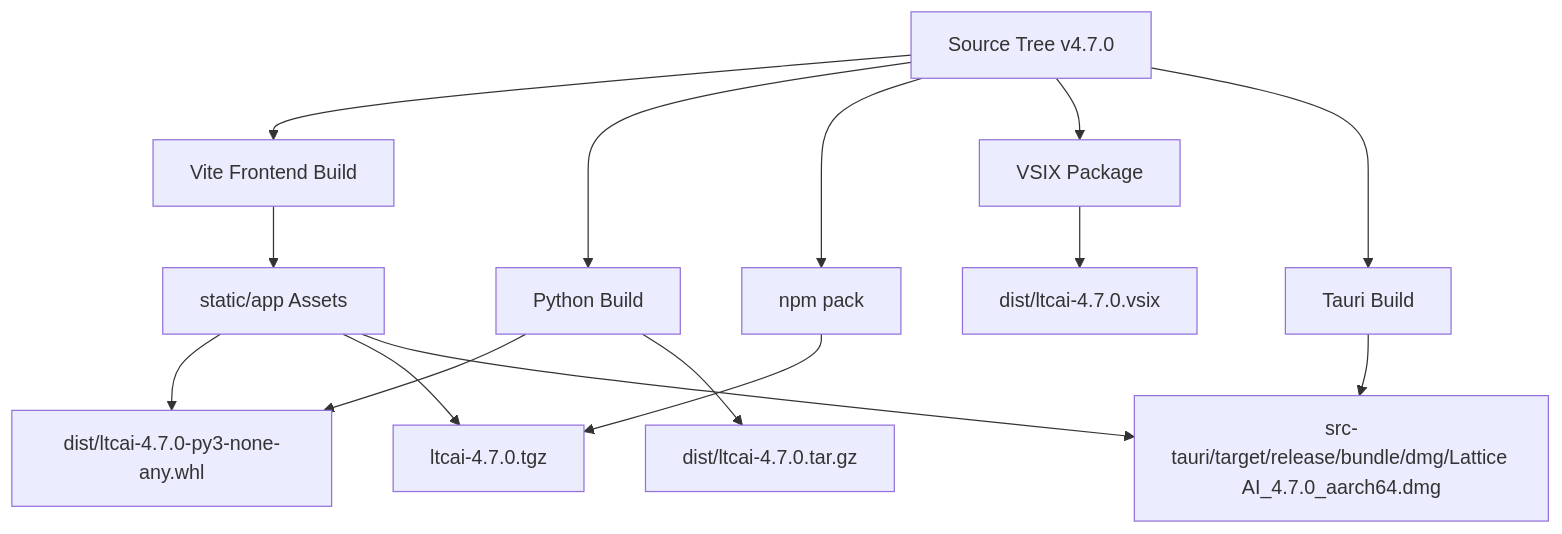
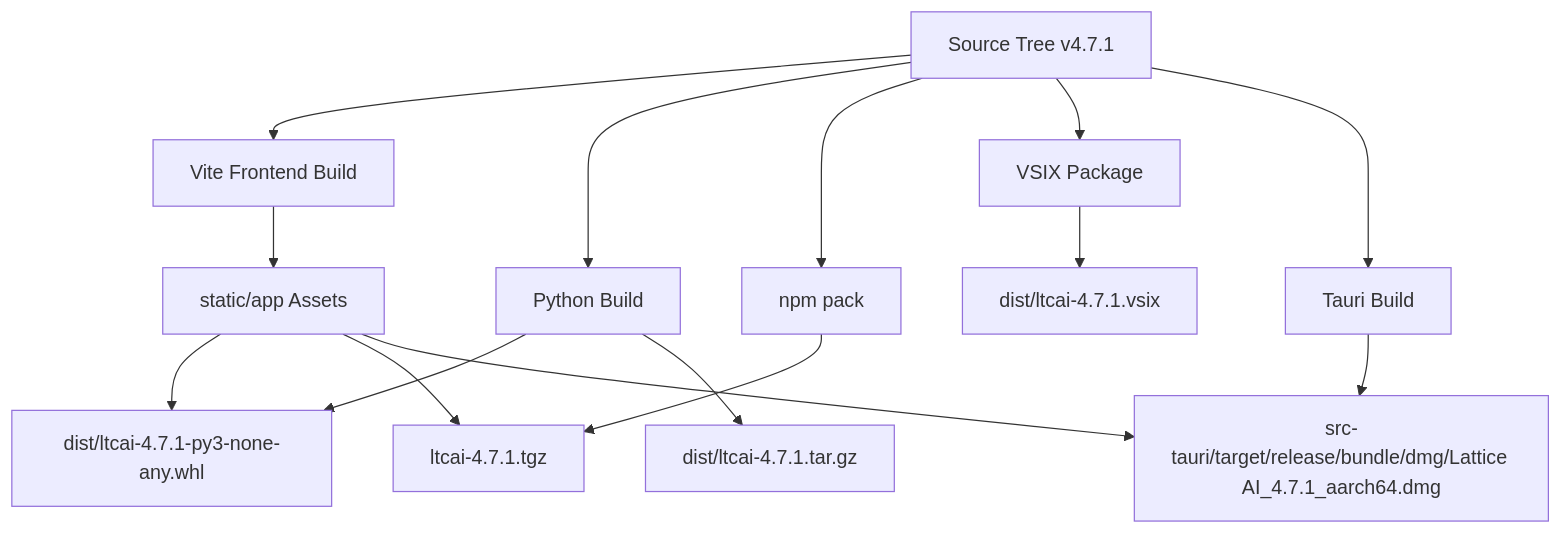
Before and after one commit to TaeSooPark-PTS/LatticeAI: the tenth of 10 diagrams in ARCHITECTURE.md, drawn with Mermaid. The commit also changed other lines of this file and 57 other files, not shown here.

Commit message:
Release Lattice AI 4.7.1 admin operations

````diff
--- a/ARCHITECTURE.md
+++ b/ARCHITECTURE.md
@@ -251,18 +252,18 @@
 ```mermaid
 flowchart TB
-  Source["Source Tree v4.7.0"] --> FrontendBuild["Vite Frontend Build"]
+  Source["Source Tree v4.7.1"] --> FrontendBuild["Vite Frontend Build"]
   Source --> PythonBuild["Python Build"]
   Source --> NpmPack["npm pack"]
   Source --> VsixBuild["VSIX Package"]
   Source --> TauriBuild["Tauri Build"]
 
   FrontendBuild --> StaticAssets["static/app Assets"]
-  PythonBuild --> Wheel["dist/ltcai-4.7.0-py3-none-any.whl"]
-  PythonBuild --> Sdist["dist/ltcai-4.7.0.tar.gz"]
-  NpmPack --> Tgz["ltcai-4.7.0.tgz"]
-  VsixBuild --> Vsix["dist/ltcai-4.7.0.vsix"]
-  TauriBuild --> Dmg["src-tauri/target/release/bundle/dmg/Lattice AI_4.7.0_aarch64.dmg"]
+  PythonBuild --> Wheel["dist/ltcai-4.7.1-py3-none-any.whl"]
+  PythonBuild --> Sdist["dist/ltcai-4.7.1.tar.gz"]
+  NpmPack --> Tgz["ltcai-4.7.1.tgz"]
+  VsixBuild --> Vsix["dist/ltcai-4.7.1.vsix"]
+  TauriBuild --> Dmg["src-tauri/target/release/bundle/dmg/Lattice AI_4.7.1_aarch64.dmg"]
   StaticAssets --> Wheel
   StaticAssets --> Tgz
   StaticAssets --> Dmg
 ```
````
